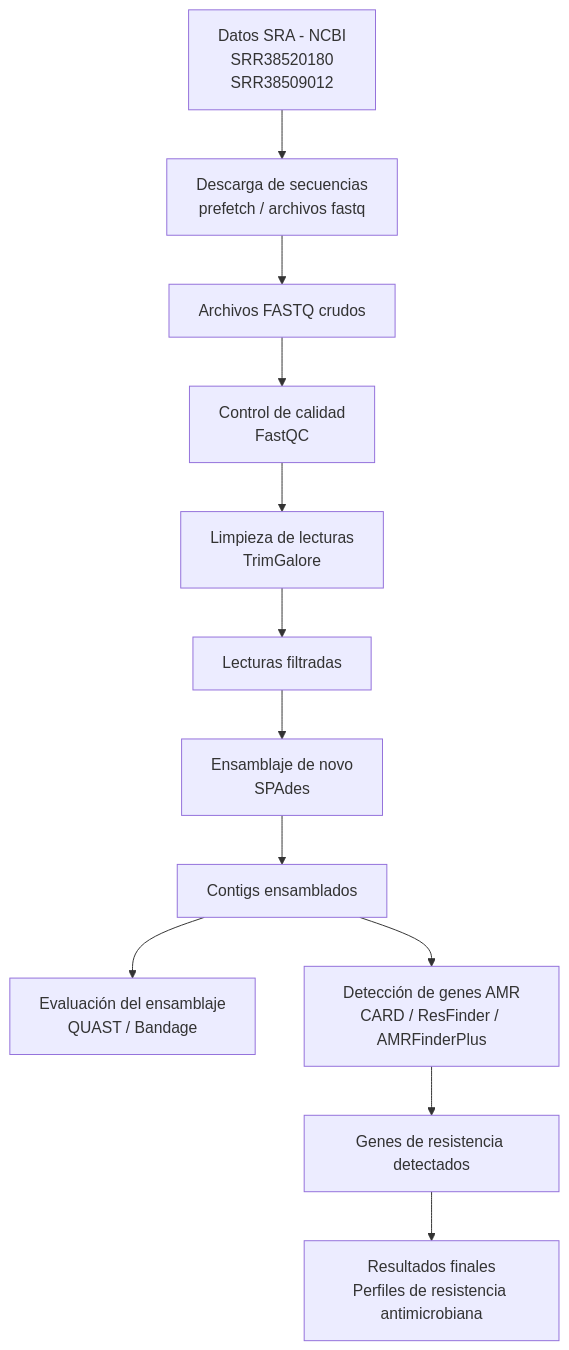
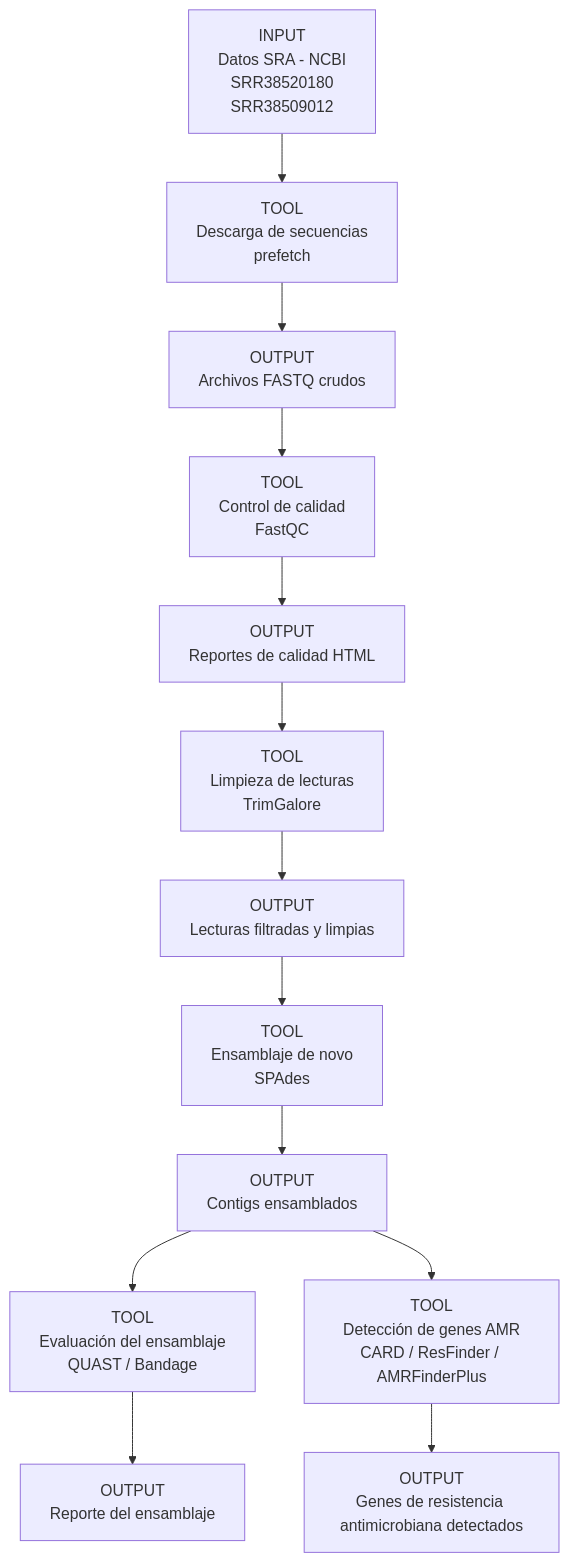
The diagram in README.md (Gmorochoc3/MBM1), drawn with Mermaid before and after one commit.

````diff
--- a/README.md
+++ b/README.md
@@ -36,25 +36,35 @@
 ```mermaid
 flowchart TD
 
-A[Datos SRA - NCBI<br/>SRR38520180<br/>SRR38509012] --> B[Descarga de secuencias<br/>prefetch / archivos fastq]
+%% PASO 1
+A[INPUT<br/>Datos SRA - NCBI<br/>SRR38520180<br/>SRR38509012]
 
-B --> C[Archivos FASTQ crudos]
+A --> B[TOOL<br/>Descarga de secuencias<br/>prefetch]
 
-C --> D[Control de calidad<br/>FastQC]
+B --> C[OUTPUT<br/>Archivos FASTQ crudos]
 
-D --> E[Limpieza de lecturas<br/>TrimGalore]
+%% PASO 2
+C --> D[TOOL<br/>Control de calidad<br/>FastQC]
 
-E --> F[Lecturas filtradas]
+D --> E[OUTPUT<br/>Reportes de calidad HTML]
 
-F --> G[Ensamblaje de novo<br/>SPAdes]
+%% PASO 3
+E --> F[TOOL<br/>Limpieza de lecturas<br/>TrimGalore]
 
-G --> H[Contigs ensamblados]
+F --> G[OUTPUT<br/>Lecturas filtradas y limpias]
 
-H --> I[Evaluación del ensamblaje<br/>QUAST / Bandage]
+%% PASO 4
+G --> H[TOOL<br/>Ensamblaje de novo<br/>SPAdes]
 
-H --> J[Detección de genes AMR<br/>CARD / ResFinder / AMRFinderPlus]
+H --> I[OUTPUT<br/>Contigs ensamblados]
 
-J --> K[Genes de resistencia detectados]
+%% PASO 5
+I --> J[TOOL<br/>Evaluación del ensamblaje<br/>QUAST / Bandage]
 
-K --> N[Resultados finales<br/>Perfiles de resistencia antimicrobiana]
+J --> K[OUTPUT<br/>Reporte del ensamblaje]
+
+%% PASO 6
+I --> L[TOOL<br/>Detección de genes AMR<br/>CARD / ResFinder / AMRFinderPlus]
+
+L --> M[OUTPUT<br/>Genes de resistencia antimicrobiana detectados]
 ```
````
